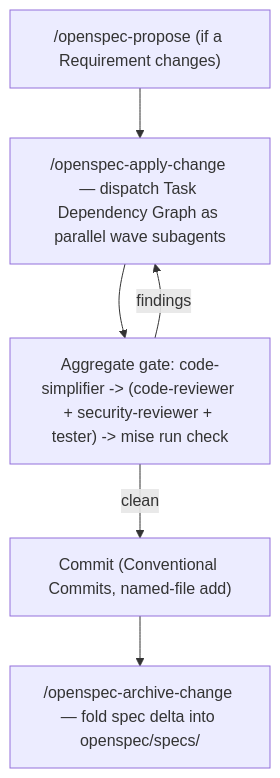
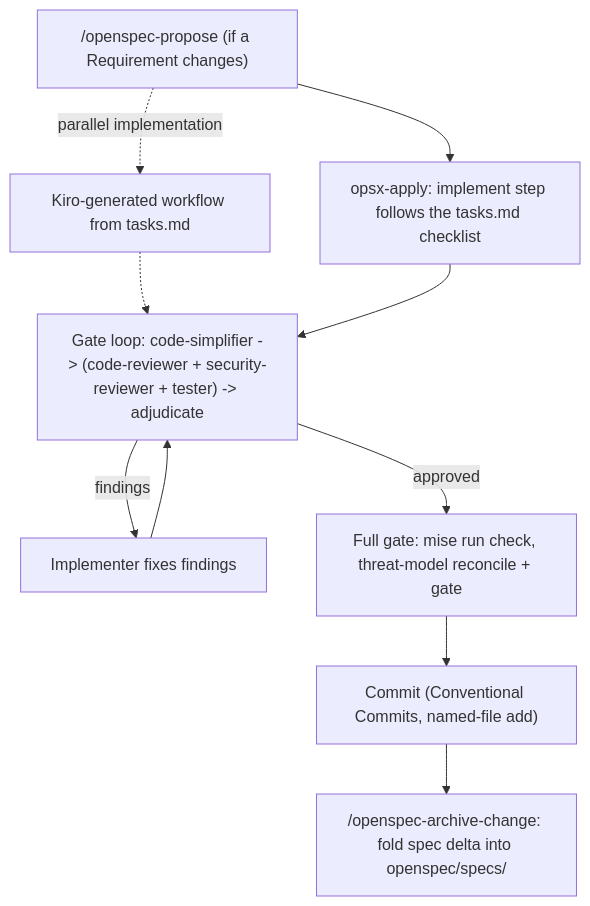
One commit to cairn-proofs/cairn-proofs changed the sixth of 6 diagrams in docs/summary/workflows.md. Above: the diagram before and after it, drawn with Mermaid. The commit also changed other lines of this file and 42 other files, not shown here.

First line of the commit message:
refactor: retire wave orchestration for a native Kiro workflow

````diff
--- a/docs/summary/workflows.md
+++ b/docs/summary/workflows.md
@@ -143,8 +140,12 @@
 ```mermaid
 flowchart TD
-    S["/openspec-propose (if a Requirement changes)"] --> I["/openspec-apply-change — dispatch Task Dependency Graph as parallel wave subagents"]
-    I --> G["Aggregate gate: code-simplifier -> (code-reviewer + security-reviewer + tester) -> mise run check"]
-    G -->|clean| CM["Commit (Conventional Commits, named-file add)"]
-    G -->|findings| I
-    CM --> AR["/openspec-archive-change — fold spec delta into openspec/specs/"]
+    S["/openspec-propose (if a Requirement changes)"] --> I["opsx-apply: implement step follows the tasks.md checklist"]
+    S -.->|parallel implementation| KG["Kiro-generated workflow from tasks.md"]
+    KG -.-> G
+    I --> G["Gate loop: code-simplifier -> (code-reviewer + security-reviewer + tester) -> adjudicate"]
+    G -->|findings| F["Implementer fixes findings"]
+    F --> G
+    G -->|approved| FG["Full gate: mise run check, threat-model reconcile + gate"]
+    FG --> CM["Commit (Conventional Commits, named-file add)"]
+    CM --> AR["/openspec-archive-change: fold spec delta into openspec/specs/"]
 ```
````
